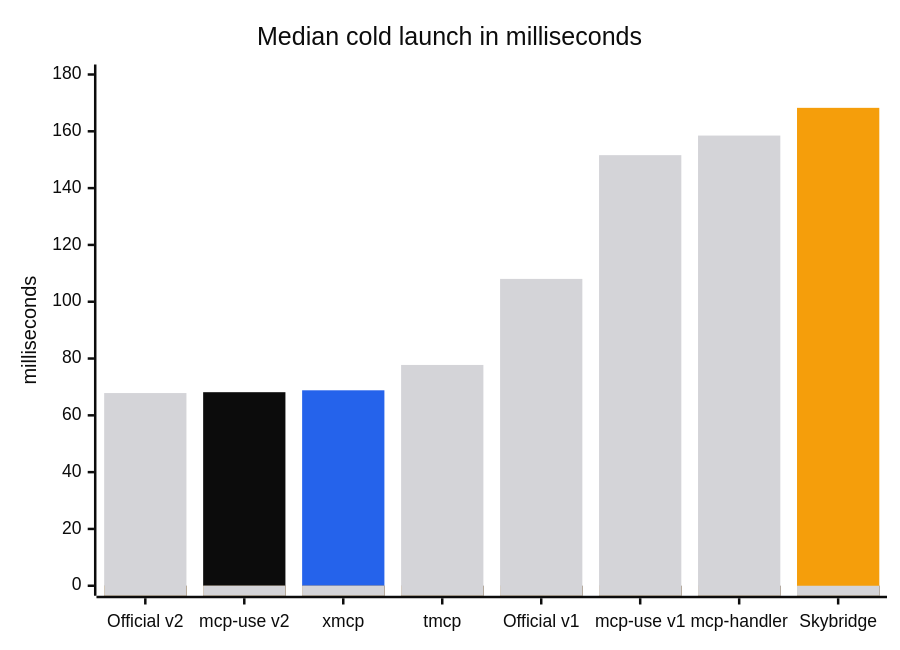
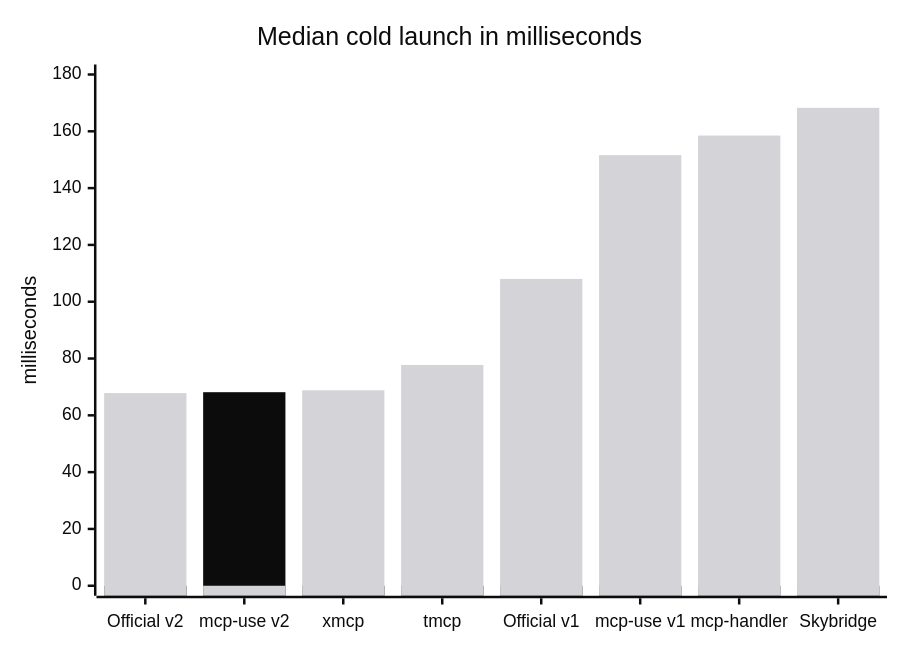
One commit to mcp-use/mcp-use changed the second of 4 diagrams in benchmark.md. Above: the diagram before and after it, drawn with Mermaid. The commit also changed other lines of this file and 1 other file, not shown here.

````diff
--- a/benchmark.md
+++ b/benchmark.md
@@ -78,26 +71,24 @@
 ```mermaid
 ---
 config:
   themeVariables:
     xyChart:
       backgroundColor: "#ffffff"
       titleColor: "#0c0c0c"
       xAxisLabelColor: "#0c0c0c"
       xAxisTitleColor: "#0c0c0c"
       xAxisTickColor: "#0c0c0c"
       xAxisLineColor: "#0c0c0c"
       yAxisLabelColor: "#0c0c0c"
       yAxisTitleColor: "#0c0c0c"
       yAxisTickColor: "#0c0c0c"
       yAxisLineColor: "#0c0c0c"
-      plotColorPalette: "#0c0c0c, #2563eb, #f59e0b, #d4d4d8"
+      plotColorPalette: "#0c0c0c, #d4d4d8"
 ---
 xychart
   title "Median cold launch in milliseconds"
   x-axis ["Official v2", "mcp-use v2", "xmcp", "tmcp", "Official v1", "mcp-use v1", "mcp-handler", "Skybridge"]
   y-axis "milliseconds" 0 --> 180
   bar [0, 68.145, 0, 0, 0, 0, 0, 0]
-  bar [0, 0, 68.814, 0, 0, 0, 0, 0]
-  bar [0, 0, 0, 0, 0, 0, 0, 168.260]
-  bar [67.839, 0, 0, 77.740, 108.039, 151.603, 158.498, 0]
+  bar [67.839, 0, 68.814, 77.740, 108.039, 151.603, 158.498, 168.260]
 ```
````
